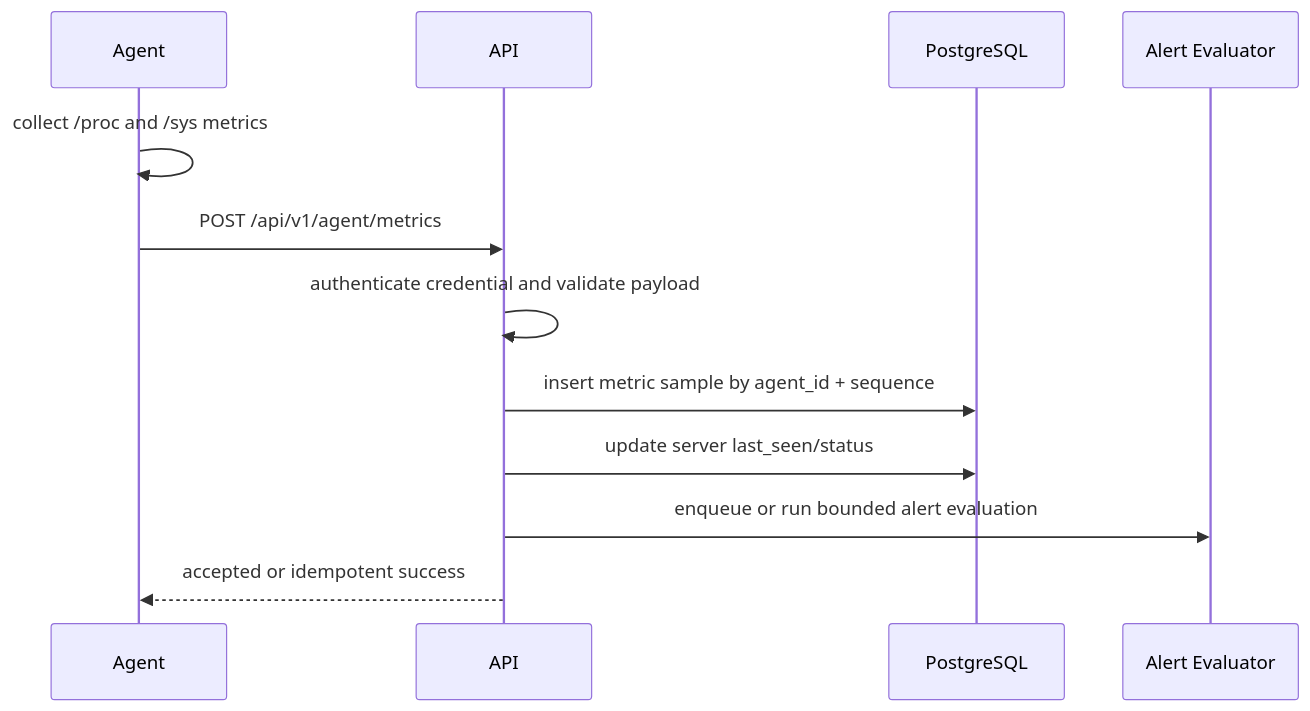
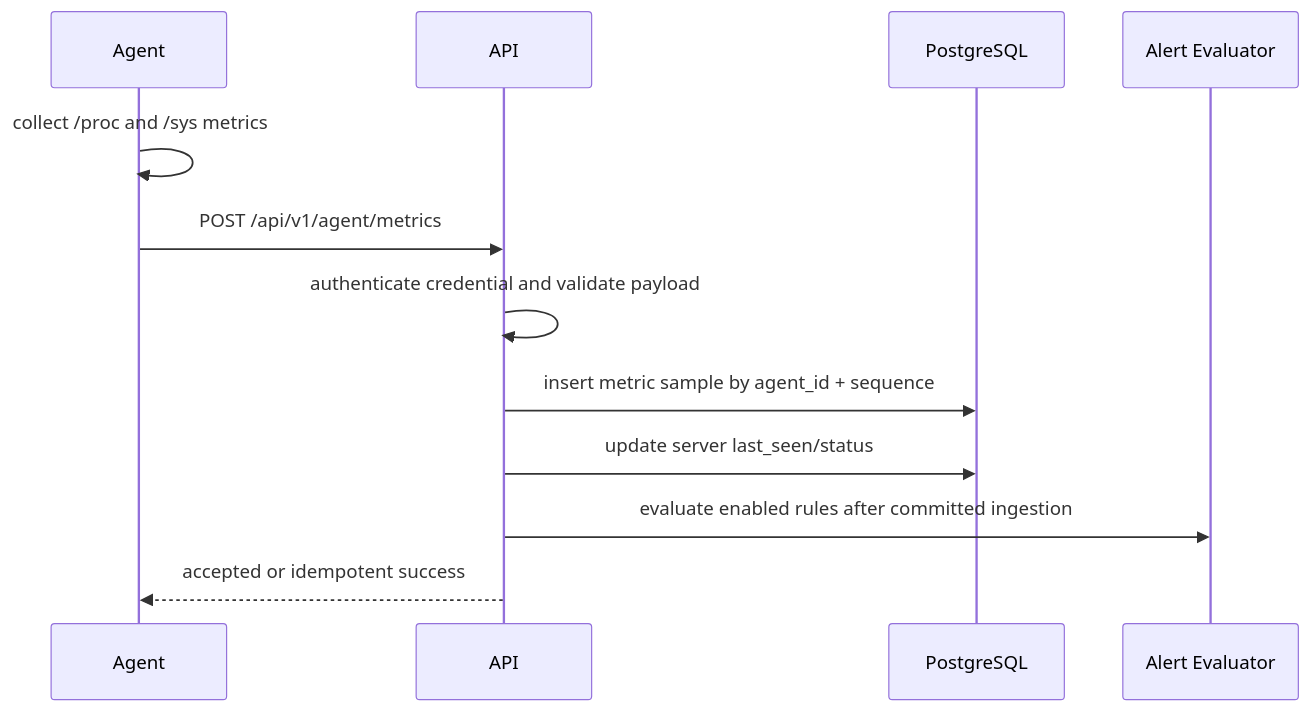
One commit to raffinauvall/noxwatch changed the third of 4 diagrams in docs/architecture.md. Above: the diagram before and after it, drawn with Mermaid. The commit also changed other lines of this file and 7 other files, not shown here.

````diff
--- a/docs/architecture.md
+++ b/docs/architecture.md
@@ -55,15 +53,15 @@
 ```mermaid
 sequenceDiagram
   participant Agent
   participant API
   participant DB as PostgreSQL
   participant Evaluator as Alert Evaluator
 
   Agent->>Agent: collect /proc and /sys metrics
   Agent->>API: POST /api/v1/agent/metrics
   API->>API: authenticate credential and validate payload
   API->>DB: insert metric sample by agent_id + sequence
   API->>DB: update server last_seen/status
-  API->>Evaluator: enqueue or run bounded alert evaluation
+  API->>Evaluator: evaluate enabled rules after committed ingestion
   API-->>Agent: accepted or idempotent success
 ```
````
